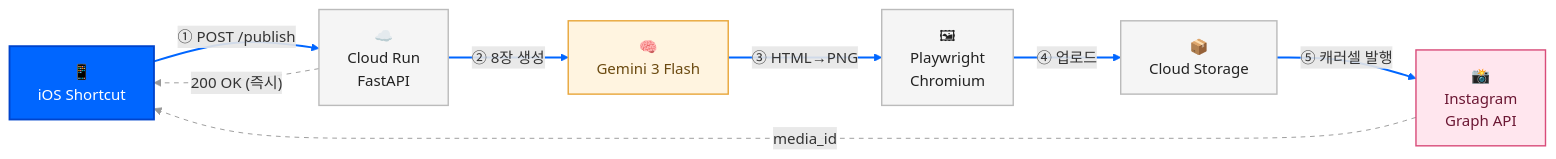
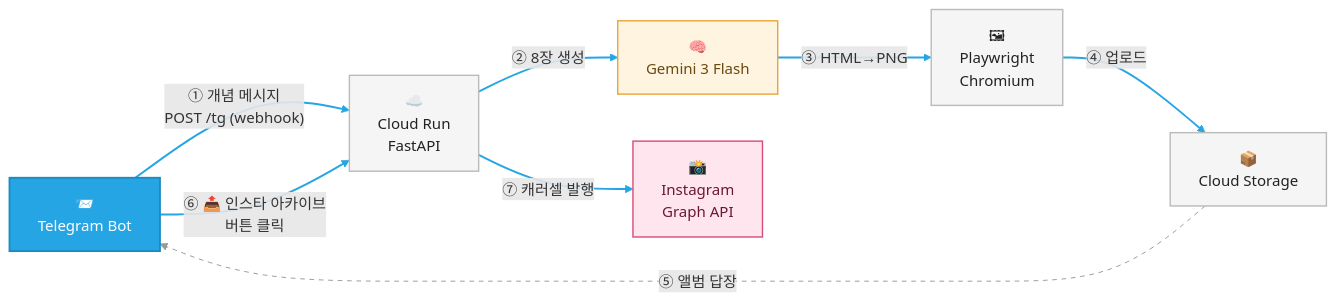
One commit to SheepJH/concept_archive changed the diagram in README.md. Above: the diagram before and after it, drawn with Mermaid. The commit also changed other lines of this file, not shown here.

First line of the commit message:
README: iOS 단축어 → 텔레그램 봇 플로우로 교체 + 파이프라인 아이콘 추가

````diff
--- a/README.md
+++ b/README.md
@@ -41,25 +61,25 @@
 ```mermaid
 flowchart LR
-    A["📱<br/>iOS Shortcut"]:::client
+    A["📨<br/>Telegram Bot"]:::client
     B["☁️<br/>Cloud Run<br/>FastAPI"]:::infra
     C["🧠<br/>Gemini 3 Flash"]:::gen
     D["🖼<br/>Playwright<br/>Chromium"]:::infra
     E["📦<br/>Cloud Storage"]:::infra
     F["📸<br/>Instagram<br/>Graph API"]:::ext
 
-    A -->|"① POST /publish"| B
-    B -.->|"200 OK (즉시)"| A
+    A -->|"① 개념 메시지<br/>POST /tg (webhook)"| B
     B -->|"② 8장 생성"| C
     C -->|"③ HTML→PNG"| D
     D -->|"④ 업로드"| E
-    E -->|"⑤ 캐러셀 발행"| F
-    F -.->|"media_id"| A
+    E -.->|"⑤ 앨범 답장"| A
+    A -->|"⑥ 📤 인스타 아카이브<br/>버튼 클릭"| B
+    B -->|"⑦ 캐러셀 발행"| F
 
-    classDef client fill:#0066FF,stroke:#0044cc,color:#fff,stroke-width:2px
+    classDef client fill:#26A5E4,stroke:#1D8BC0,color:#fff,stroke-width:2px
     classDef gen fill:#FFF4E0,stroke:#E8A63B,color:#6B4A10,stroke-width:1.5px
     classDef infra fill:#F5F5F5,stroke:#BBB,color:#222,stroke-width:1.5px
     classDef ext fill:#FFE6EE,stroke:#D94C7A,color:#6B1733,stroke-width:1.5px
 
-    linkStyle 0,2,3,4,5 stroke:#0066FF,stroke-width:2px
-    linkStyle 1,6 stroke:#999,stroke-dasharray:5 5
+    linkStyle 0,1,2,3,5,6 stroke:#26A5E4,stroke-width:2px
+    linkStyle 4 stroke:#999,stroke-dasharray:5 5
 ```
````
